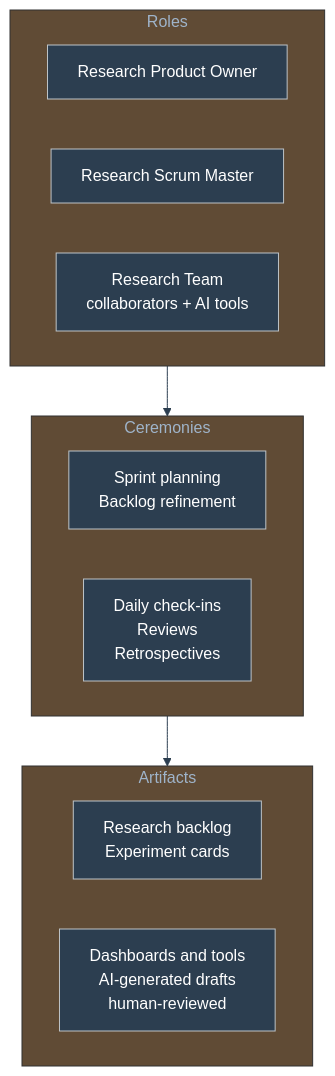
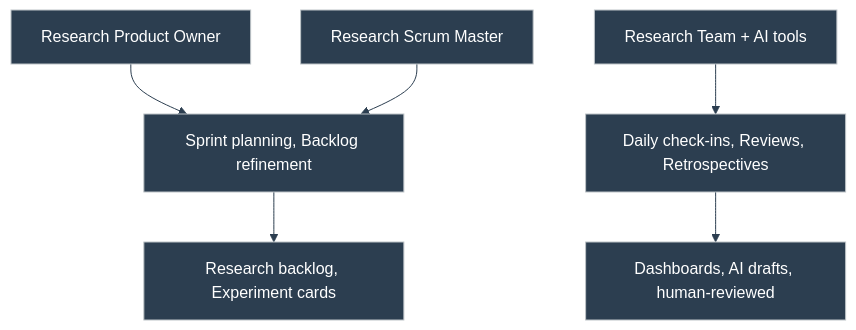
Before and after one commit to duducm2/my-personal-repo: the tenth of 13 diagrams in portfolio/mermaid/diagrams.md, drawn with Mermaid. The commit also changed other lines of this file and 3 other files, not shown here.

````diff
--- a/portfolio/mermaid/diagrams.md
+++ b/portfolio/mermaid/diagrams.md
@@ -225,19 +149,16 @@
 ```mermaid
-%%{init: {'theme': 'base', 'themeVariables': { 'primaryColor': '#2c3e50', 'primaryTextColor': '#fff', 'primaryBorderColor': '#bdc3c7', 'lineColor': '#2c3e50', 'fontFamily': 'Lato'}}}%%
+%%{init: {'theme': 'base', 'themeVariables': { 'primaryColor': '#2c3e50', 'primaryTextColor': '#fff', 'primaryBorderColor': '#bdc3c7', 'lineColor': '#2c3e50', 'fontFamily': 'Lato', 'subgraphBg': 'transparent', 'subgraphBorder': '#bdc3c7'}}}%%
 flowchart TD
-  subgraph roles [Roles]
-    RPO["Research Product Owner"]
-    RSM["Research Scrum Master"]
-    RT["Research Team\ncollaborators + AI tools"]
-  end
-  subgraph ceremonies [Ceremonies]
-    C1["Sprint planning\nBacklog refinement"]
-    C2["Daily check-ins\nReviews\nRetrospectives"]
-  end
-  subgraph artifacts [Artifacts]
-    A1["Research backlog\nExperiment cards"]
-    A2["Dashboards and tools\nAI-generated drafts\nhuman-reviewed"]
-  end
-  roles --> ceremonies
-  ceremonies --> artifacts
+  RPO["Research Product Owner"]
+  RSM["Research Scrum Master"]
+  RT["Research Team + AI tools"]
+  C1["Sprint planning, Backlog refinement"]
+  C2["Daily check-ins, Reviews, Retrospectives"]
+  A1["Research backlog, Experiment cards"]
+  A2["Dashboards, AI drafts, human-reviewed"]
+  RPO --> C1
+  RSM --> C1
+  RT --> C2
+  C1 --> A1
+  C2 --> A2
 ```
````
